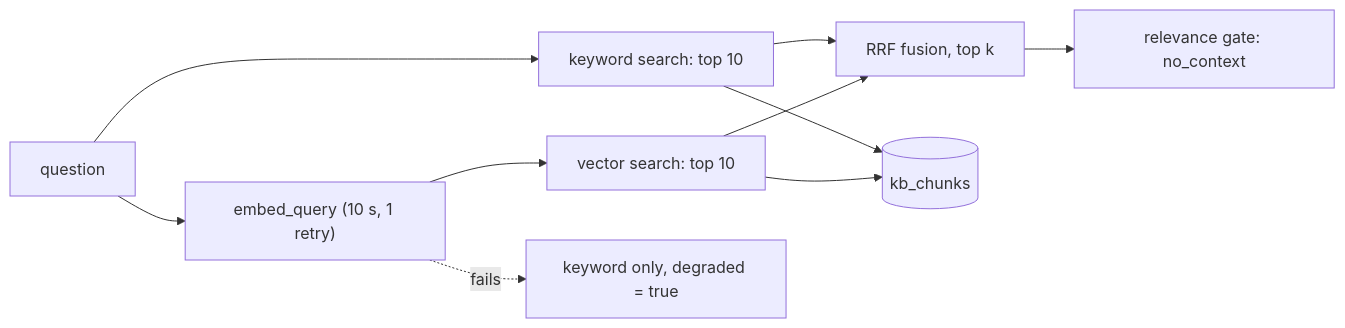
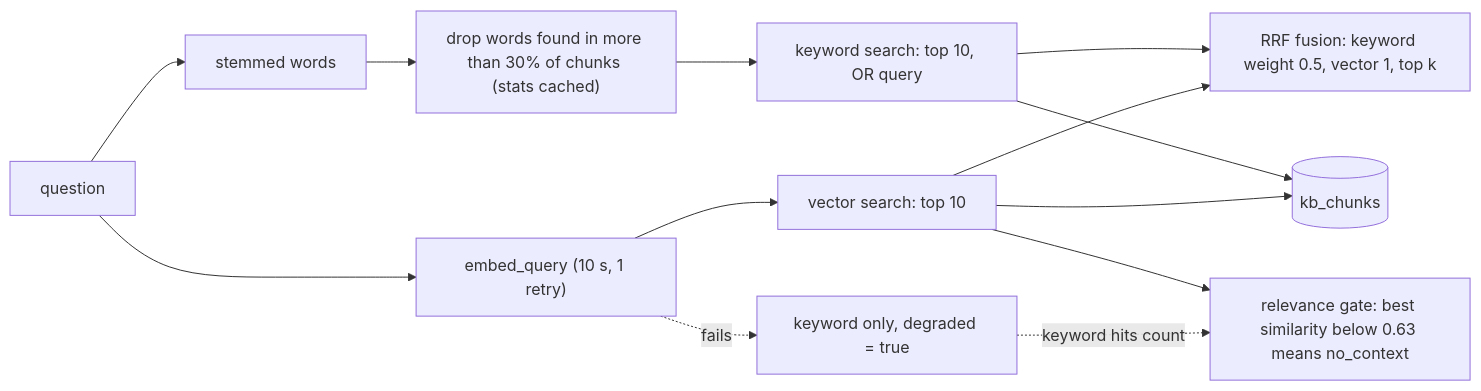
One commit to AdithyaChauhan/vantis-sales-agent changed the third of 4 diagrams in docs/ARCHITECTURE.md. Above: the diagram before and after it, drawn with Mermaid. The commit also changed other lines of this file and 11 other files, not shown here.

First line of the commit message:
feat(rag): T4 retrieval eval, common-word filter, weighted fusion, gate rule

````diff
--- a/docs/ARCHITECTURE.md
+++ b/docs/ARCHITECTURE.md
@@ -47,12 +48,15 @@
 ```mermaid
 flowchart LR
-  q["question"] --> kw["keyword search: top 10"]
+  q["question"] --> words["stemmed words"]
+  words --> filter["drop words found in more than 30% of chunks (stats cached)"]
+  filter --> kw["keyword search: top 10, OR query"]
   q --> emb["embed_query (10 s, 1 retry)"]
   emb --> vec["vector search: top 10"]
   emb -.->|"fails"| fb["keyword only, degraded = true"]
-  kw --> rrf["RRF fusion, top k"]
+  kw --> rrf["RRF fusion: keyword weight 0.5, vector 1, top k"]
   vec --> rrf
-  rrf --> gate["relevance gate: no_context"]
+  vec --> gate["relevance gate: best similarity below 0.63 means no_context"]
+  fb -.->|"keyword hits count"| gate
   kw --> db[("kb_chunks")]
   vec --> db
 ```
````
